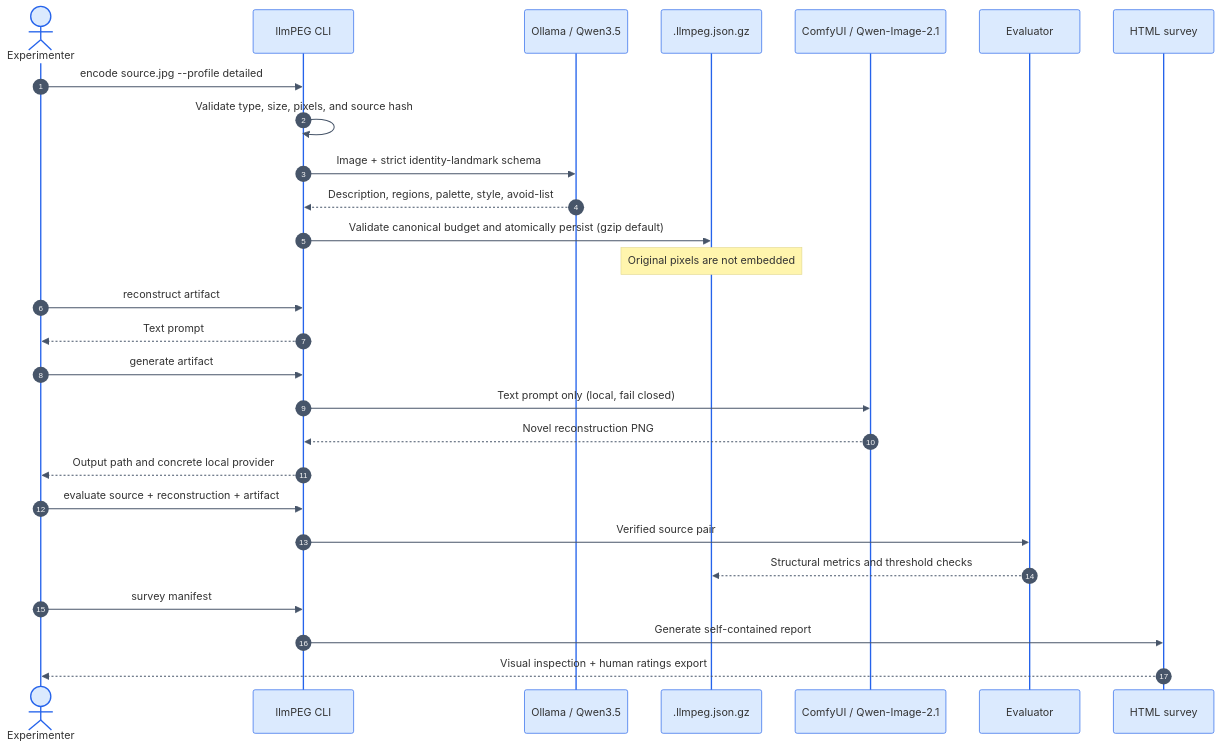
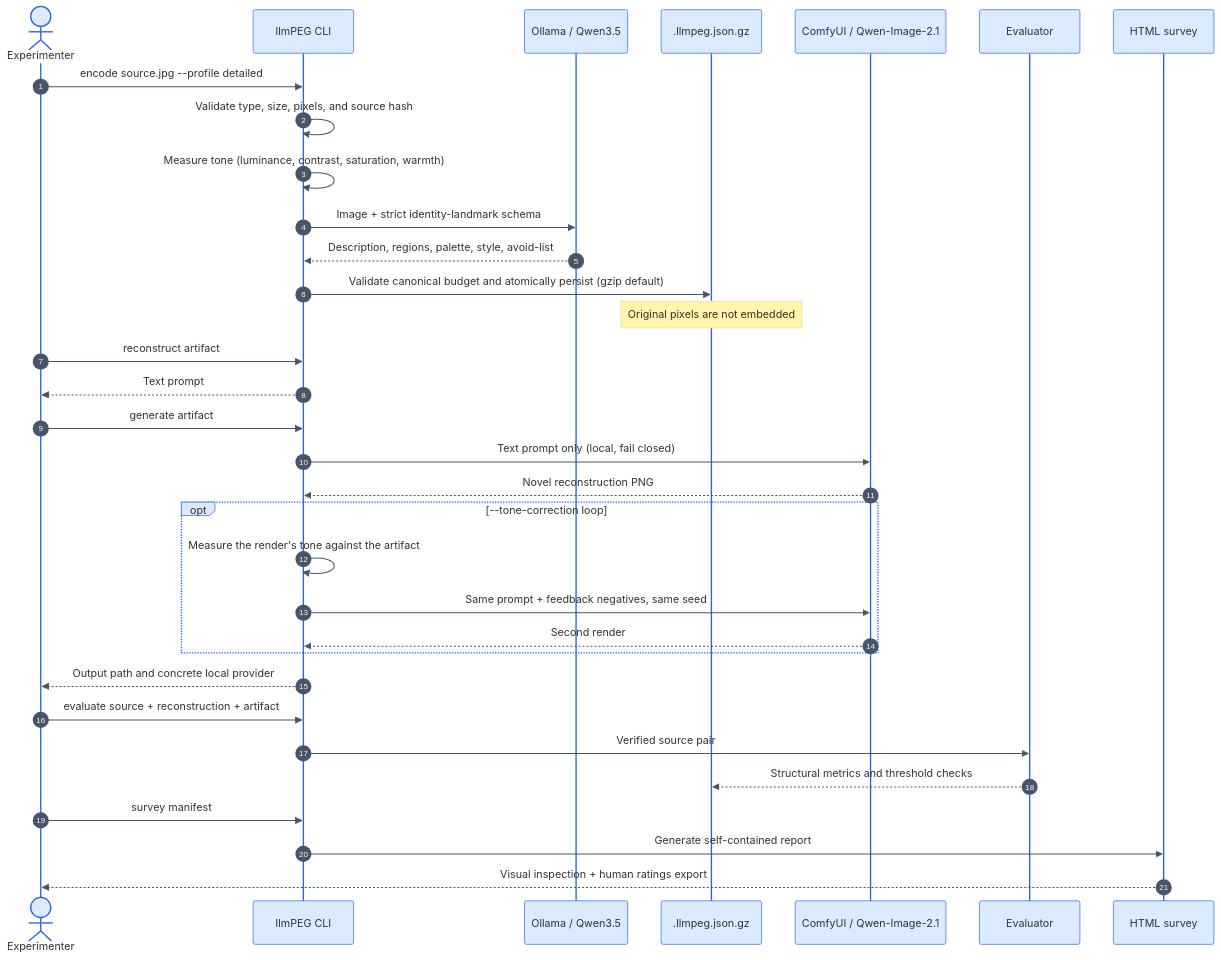
The fourth of 4 diagrams in docs/architecture.md (marcelpetrick/llmPEG), drawn with Mermaid before and after one commit. The commit also changed other lines of this file, not shown here.

Commit message:
docs(architecture): add tone measurement, correction, and scripts to the diagrams

````diff
--- a/docs/architecture.md
+++ b/docs/architecture.md
@@ -137,31 +148,37 @@
 ```mermaid
 %%{init: {"theme":"base","themeVariables":{"fontFamily":"Inter, ui-sans-serif, system-ui","actorBkg":"#DBEAFE","actorBorder":"#2563EB","signalColor":"#475569","activationBkgColor":"#FFF7D6","activationBorderColor":"#D97706"}}}%%
 sequenceDiagram
   autonumber
   actor U as Experimenter
   participant C as llmPEG CLI
   participant V as Ollama / Qwen3.5
   participant A as .llmpeg.json.gz
   participant G as ComfyUI / Qwen-Image-2.1
   participant E as Evaluator
   participant H as HTML survey
 
   U->>C: encode source.jpg --profile detailed
   C->>C: Validate type, size, pixels, and source hash
+  C->>C: Measure tone (luminance, contrast, saturation, warmth)
   C->>V: Image + strict identity-landmark schema
   V-->>C: Description, regions, palette, style, avoid-list
   C->>A: Validate canonical budget and atomically persist (gzip default)
   Note over A: Original pixels are not embedded
   U->>C: reconstruct artifact
   C-->>U: Text prompt
   U->>C: generate artifact
   C->>G: Text prompt only (local, fail closed)
   G-->>C: Novel reconstruction PNG
+  opt --tone-correction loop
+    C->>C: Measure the render's tone against the artifact
+    C->>G: Same prompt + feedback negatives, same seed
+    G-->>C: Second render
+  end
   C-->>U: Output path and concrete local provider
   U->>C: evaluate source + reconstruction + artifact
   C->>E: Verified source pair
   E-->>A: Structural metrics and threshold checks
   U->>C: survey manifest
   C->>H: Generate self-contained report
   H-->>U: Visual inspection + human ratings export
 ```
````
